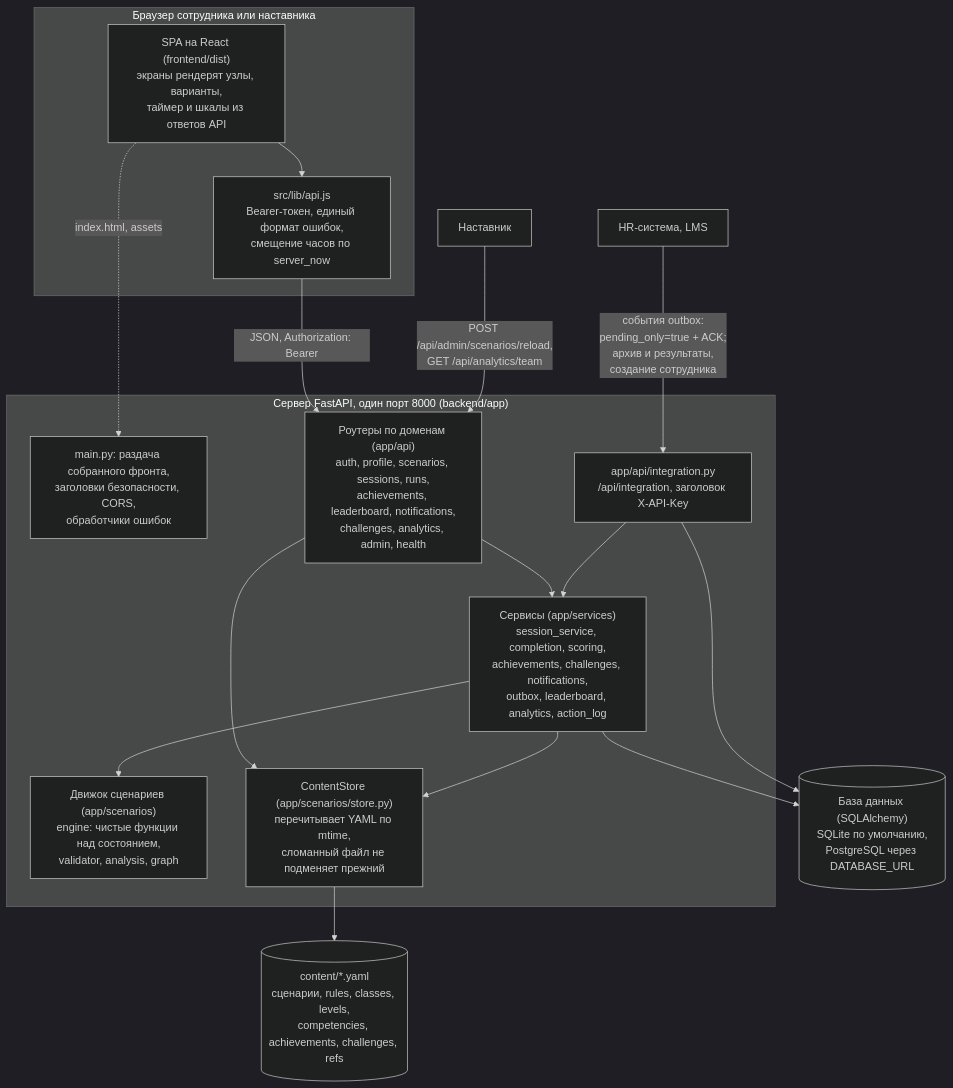
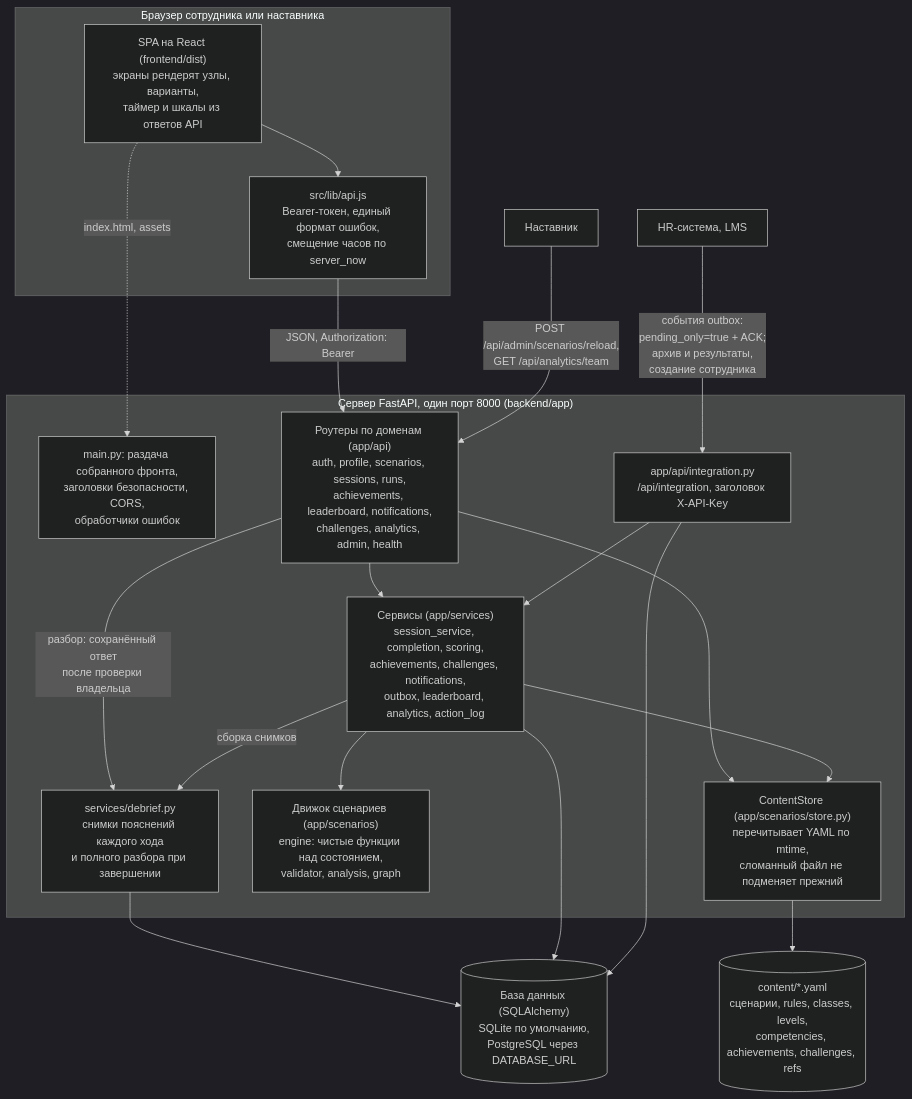
The first of 3 diagrams in docs/architecture.md (Arsenii7867/provodnik-400), drawn with Mermaid (dark theme) before and after one commit. The commit also changed other lines of this file and 23 other files, not shown here.

````diff
--- a/docs/architecture.md
+++ b/docs/architecture.md
@@ -20,35 +22,39 @@
 ```mermaid
 flowchart TB
   subgraph browser["Браузер сотрудника или наставника"]
     spa["SPA на React (frontend/dist)<br/>экраны рендерят узлы, варианты,<br/>таймер и шкалы из ответов API"]
     apijs["src/lib/api.js<br/>Bearer-токен, единый формат ошибок,<br/>смещение часов по server_now"]
     spa --> apijs
   end
 
   subgraph server["Сервер FastAPI, один порт 8000 (backend/app)"]
     static["main.py: раздача собранного фронта,<br/>заголовки безопасности, CORS,<br/>обработчики ошибок"]
     routers["Роутеры по доменам (app/api)<br/>auth, profile, scenarios, sessions, runs,<br/>achievements, leaderboard, notifications,<br/>challenges, analytics, admin, health"]
     integration["app/api/integration.py<br/>/api/integration, заголовок X-API-Key"]
     services["Сервисы (app/services)<br/>session_service, completion, scoring,<br/>achievements, challenges, notifications,<br/>outbox, leaderboard, analytics, action_log"]
+    history["services/debrief.py<br/>снимки пояснений каждого хода<br/>и полного разбора при завершении"]
     engine["Движок сценариев (app/scenarios)<br/>engine: чистые функции над состоянием,<br/>validator, analysis, graph"]
     store["ContentStore (app/scenarios/store.py)<br/>перечитывает YAML по mtime,<br/>сломанный файл не подменяет прежний"]
   end
 
   content[("content/*.yaml<br/>сценарии, rules, classes, levels,<br/>competencies, achievements, challenges, refs")]
   db[("База данных (SQLAlchemy)<br/>SQLite по умолчанию,<br/>PostgreSQL через DATABASE_URL")]
   hr["HR-система, LMS"]
   mentor["Наставник"]
 
   spa -. "index.html, assets" .-> static
   apijs -- "JSON, Authorization: Bearer" --> routers
   routers --> services
   routers --> store
+  routers -- "разбор: сохранённый ответ<br/>после проверки владельца" --> history
+  services -- "сборка снимков" --> history
+  history --> db
   services --> engine
   services --> db
   services --> store
   store --> content
   integration --> services
   integration --> db
   hr -- "события outbox:<br/>pending_only=true + ACK;<br/>архив и результаты,<br/>создание сотрудника" --> integration
   mentor -- "POST /api/admin/scenarios/reload,<br/>GET /api/analytics/team" --> routers
 ```
````
